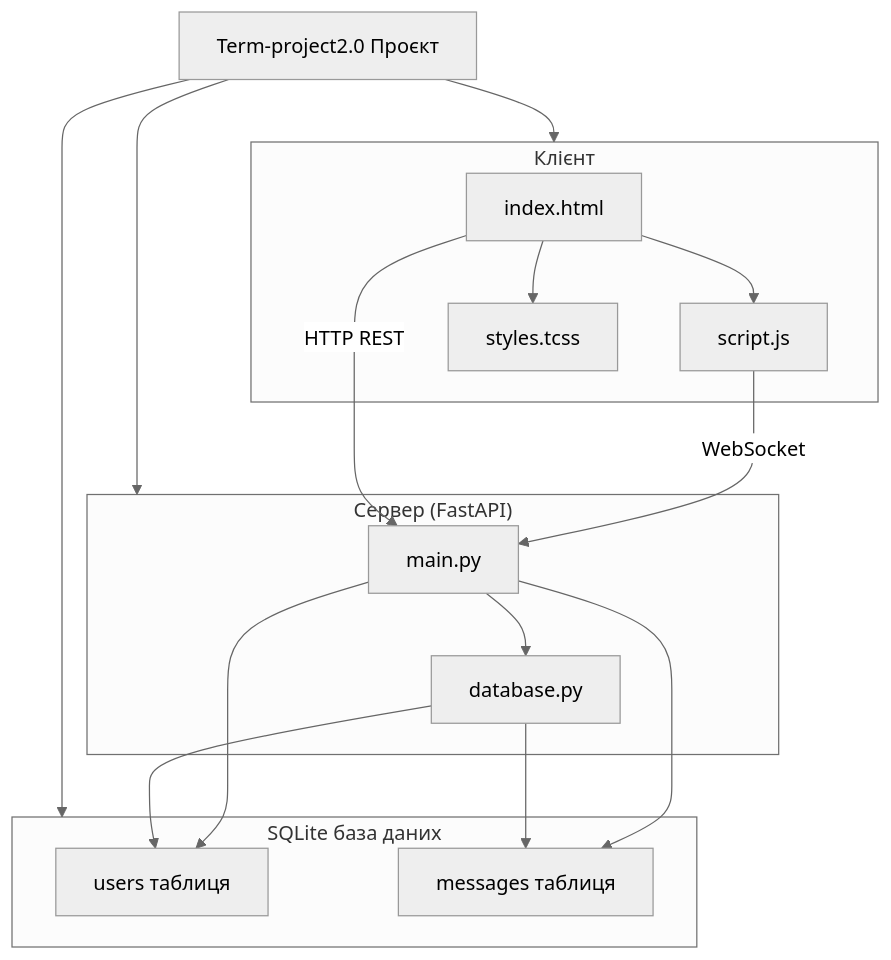
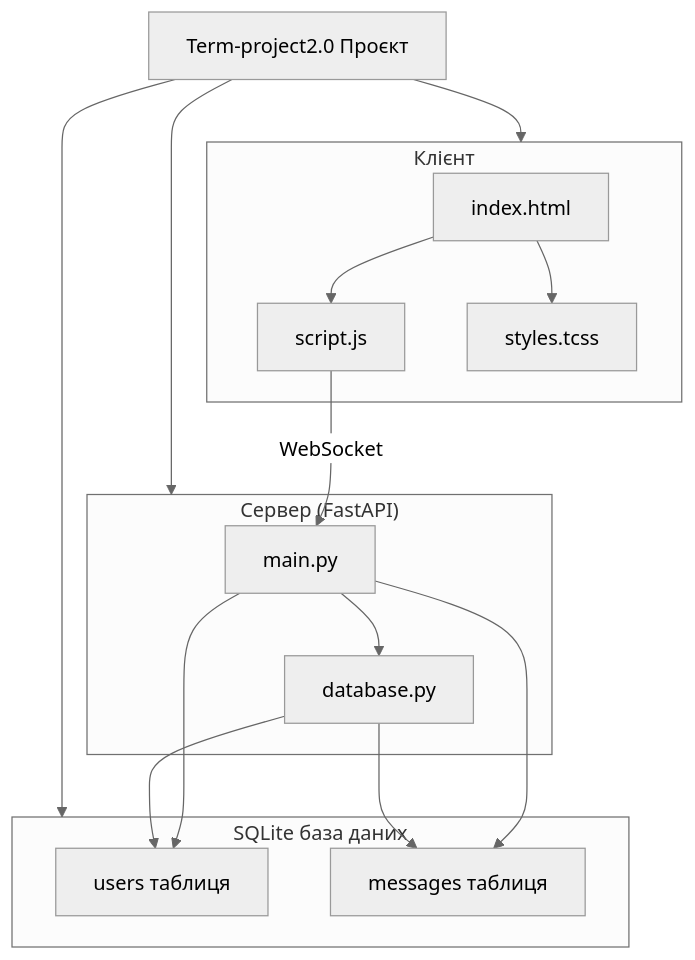
Before and after one commit to olehkosenko47/Term-project2.0: the diagram in README.md, drawn with Mermaid (neutral theme). The commit also changed other lines of this file, not shown here.

````diff
--- a/README.md
+++ b/README.md
@@ -53,38 +53,37 @@
 ```mermaid
 flowchart TD
-    A[Term-project2.0 Проєкт] 
+    A[Term-project2.0 Проєкт]
 
     subgraph Client["Клієнт"]
         IH[index.html]
         SJ[script.js]
         ST[styles.tcss]
     end
 
     subgraph Server["Сервер (FastAPI)"]
         MPY[main.py]
         DBPY[database.py]
     end
 
     subgraph Database["SQLite база даних"]
         DB_users[users таблиця]
         DB_messages[messages таблиця]
     end
 
     %% Зв’язки
     A --> Client
     A --> Server
     A --> Database
 
     IH --> SJ
     IH --> ST
 
     MPY --> DBPY
     MPY --> DB_users
     MPY --> DB_messages
 
     DBPY --> DB_users
     DBPY --> DB_messages
 
     SJ -- WebSocket --> MPY
-    IH -- HTTP REST --> MPY
 ```
````
